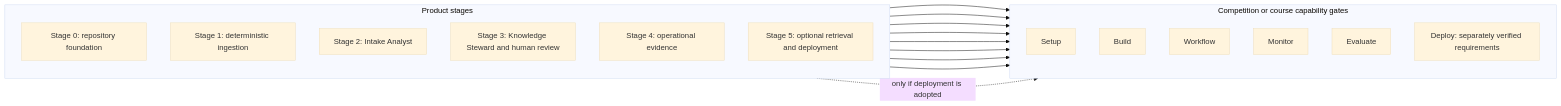
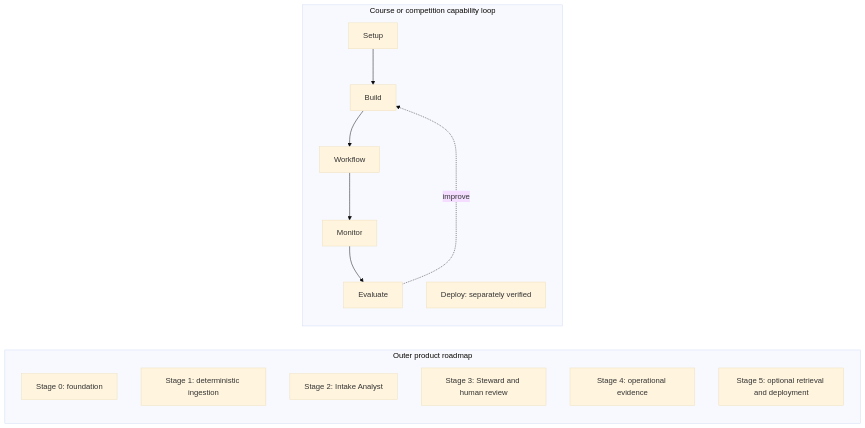
Before and after one commit to TimmyTheTurtle/FrontierWeekTrustedKnowledgeIntake: the sixth of 6 diagrams in docs/architecture/STAGE_0_DIAGRAMS.md, drawn with Mermaid (base theme). The commit also changed other lines of this file, not shown here.

Commit message:
Clarify capability loops in architecture diagram

````diff
--- a/docs/architecture/STAGE_0_DIAGRAMS.md
+++ b/docs/architecture/STAGE_0_DIAGRAMS.md
@@ -205,32 +203,24 @@
 ```mermaid
 flowchart LR
-    subgraph product[Product stages]
+    subgraph product[Outer product roadmap]
         direction TB
-        P0[Stage 0: repository foundation]
+        P0[Stage 0: foundation]
         P1[Stage 1: deterministic ingestion]
         P2[Stage 2: Intake Analyst]
-        P3[Stage 3: Knowledge Steward and human review]
+        P3[Stage 3: Steward and human review]
         P4[Stage 4: operational evidence]
         P5[Stage 5: optional retrieval and deployment]
     end
 
-    subgraph gates[Competition or course capability gates]
+    subgraph capabilities[Course or competition capability loop]
         direction TB
         Setup[Setup]
         Build[Build]
         Workflow[Workflow]
         Monitor[Monitor]
         Evaluate[Evaluate]
-        Deploy[Deploy: separately verified requirements]
+        Deploy[Deploy: separately verified]
+        Setup --> Build --> Workflow --> Monitor --> Evaluate
+        Evaluate -. improve .-> Build
     end
-
-    P0 --> Setup
-    P1 --> Build
-    P2 --> Build
-    P3 --> Build
-    P3 --> Workflow
-    P4 --> Workflow
-    P4 --> Monitor
-    P4 --> Evaluate
-    P5 -. only if deployment is adopted .-> Deploy
 ```
````
